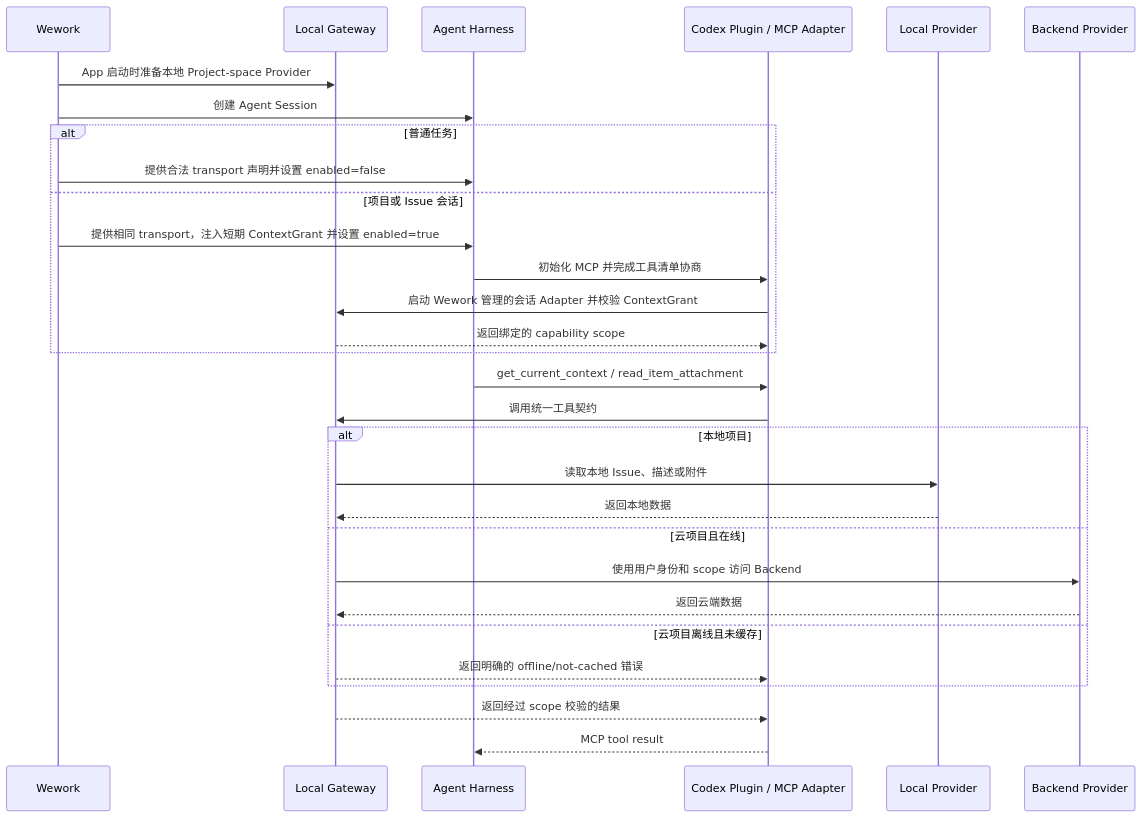
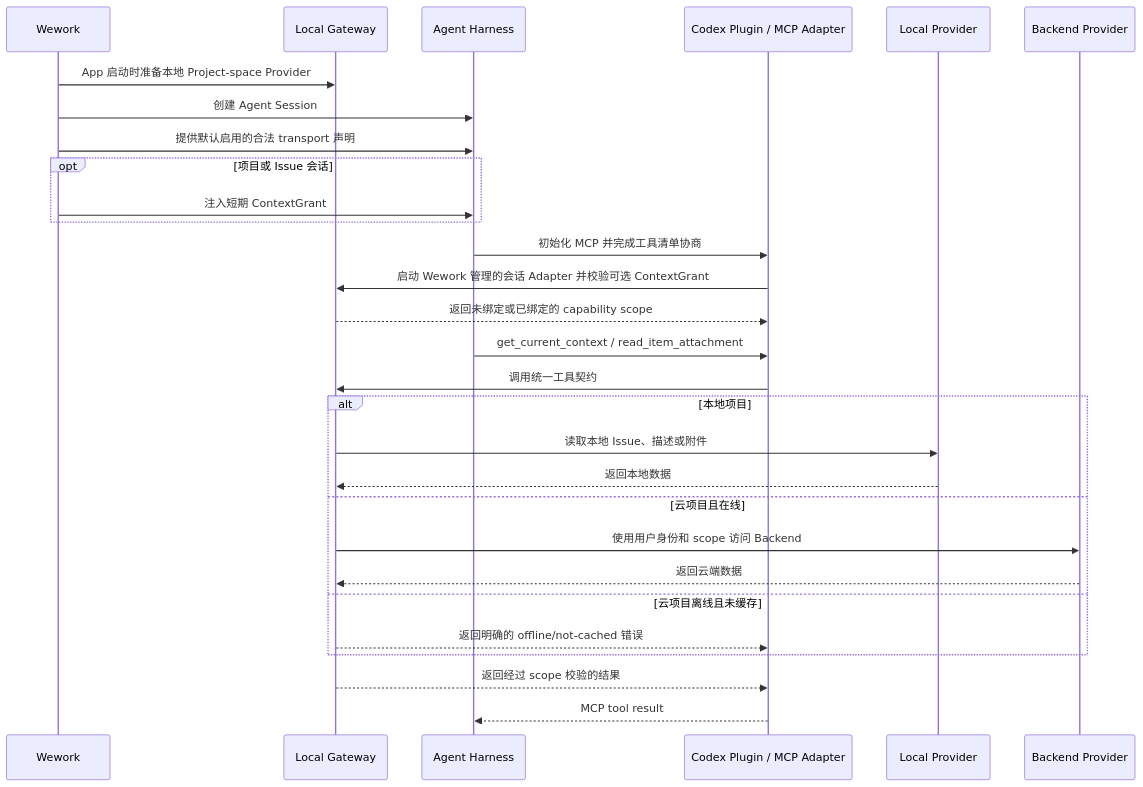
Before and after one commit to wecode-ai/Wegent: the second of 2 diagrams in docs/zh/architecture/project-space-agent-capability.md, drawn with Mermaid. The commit also changed other lines of this file and 4 other files, not shown here.

````diff
--- a/docs/zh/architecture/project-space-agent-capability.md
+++ b/docs/zh/architecture/project-space-agent-capability.md
@@ -30,33 +30,32 @@
 ```mermaid
 sequenceDiagram
     participant W as Wework
     participant G as Local Gateway
     participant H as Agent Harness
     participant P as Codex Plugin / MCP Adapter
     participant L as Local Provider
     participant B as Backend Provider
 
     W->>G: App 启动时准备本地 Project-space Provider
     W->>H: 创建 Agent Session
-    alt 普通任务
-        W->>H: 提供合法 transport 声明并设置 enabled=false
-    else 项目或 Issue 会话
-        W->>H: 提供相同 transport，注入短期 ContextGrant 并设置 enabled=true
-        H->>P: 初始化 MCP 并完成工具清单协商
-        P->>G: 启动 Wework 管理的会话 Adapter 并校验 ContextGrant
-        G-->>P: 返回绑定的 capability scope
+    W->>H: 提供默认启用的合法 transport 声明
+    opt 项目或 Issue 会话
+        W->>H: 注入短期 ContextGrant
     end
+    H->>P: 初始化 MCP 并完成工具清单协商
+    P->>G: 启动 Wework 管理的会话 Adapter 并校验可选 ContextGrant
+    G-->>P: 返回未绑定或已绑定的 capability scope
     H->>P: get_current_context / read_item_attachment
     P->>G: 调用统一工具契约
     alt 本地项目
         G->>L: 读取本地 Issue、描述或附件
         L-->>G: 返回本地数据
     else 云项目且在线
         G->>B: 使用用户身份和 scope 访问 Backend
         B-->>G: 返回云端数据
     else 云项目离线且未缓存
         G-->>P: 返回明确的 offline/not-cached 错误
     end
     G-->>P: 返回经过 scope 校验的结果
     P-->>H: MCP tool result
 ```
````
